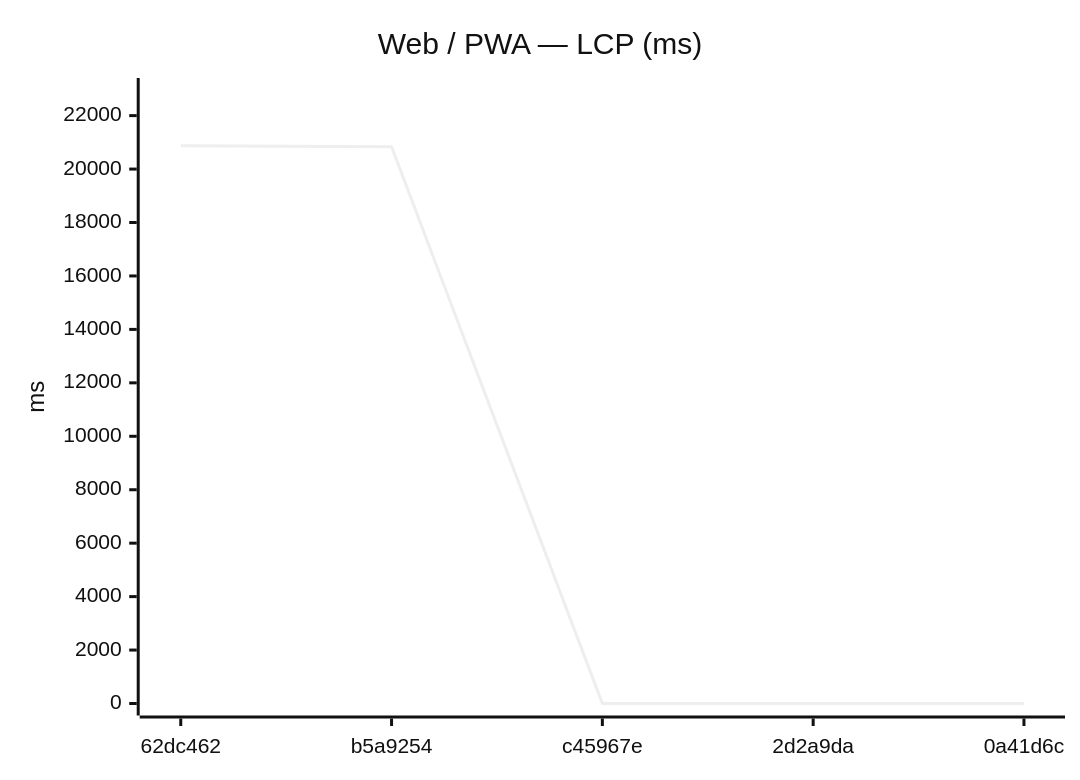
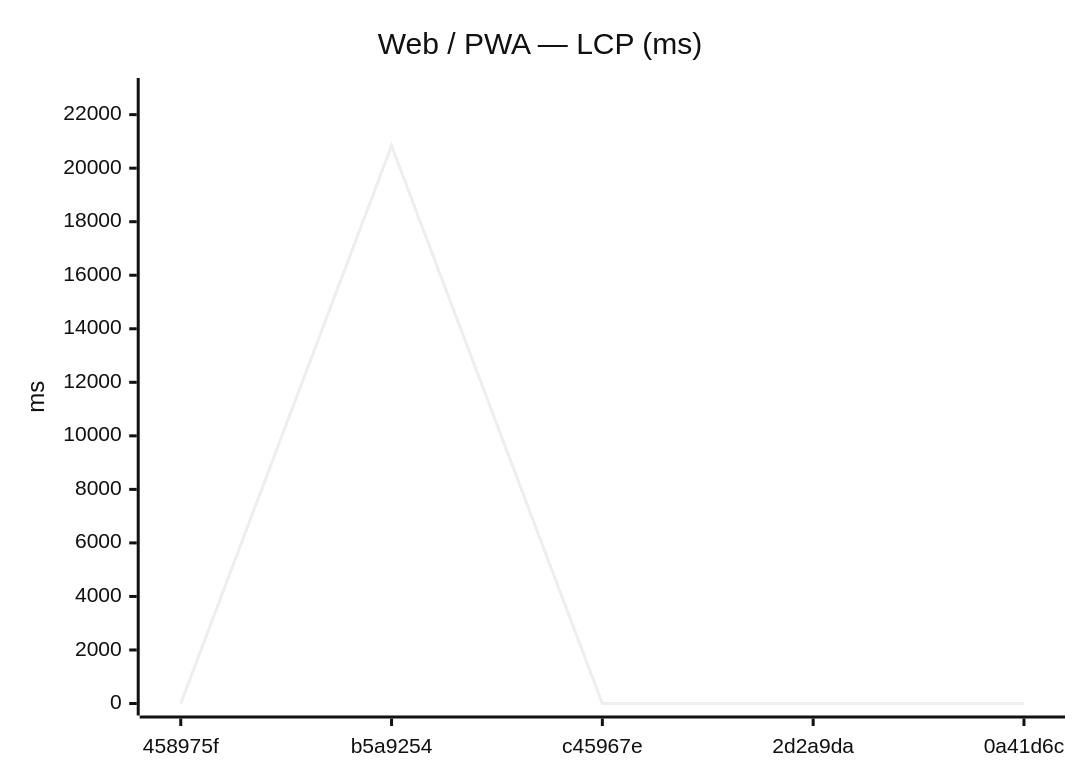
The seventh of 18 diagrams in benchmarks/compare.md (Metaheurist/Rianell), drawn with Mermaid (neutral theme) before and after one commit. The commit also changed other lines of this file and 11 other files, not shown here.

````diff
--- a/benchmarks/compare.md
+++ b/benchmarks/compare.md
@@ -117,7 +117,7 @@
 ```mermaid
 xychart-beta
     title "Web / PWA — LCP (ms)"
-    x-axis ["62dc462", "b5a9254", "c45967e", "2d2a9da", "0a41d6c"]
-    y-axis "ms" 0 --> 22959
-    line [20871, 20837, 0, 0, 0]
+    x-axis ["458975f", "b5a9254", "c45967e", "2d2a9da", "0a41d6c"]
+    y-axis "ms" 0 --> 22921
+    line [0, 20837, 0, 0, 0]
 ```
````
